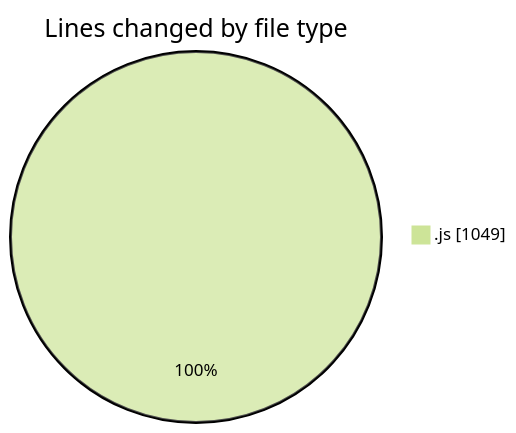
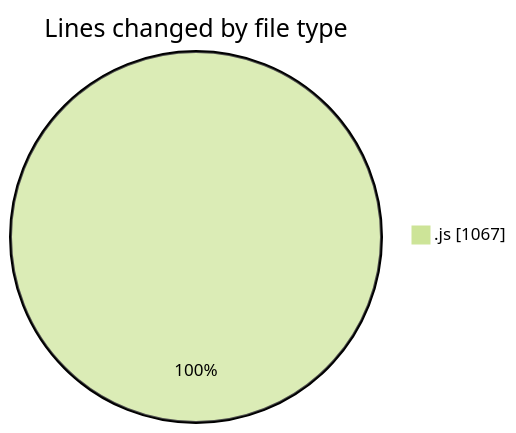
Before and after one commit to nxtqubesakshisongat/code-tracking: the first of 2 diagrams in 2025-10-03/nxtqube_webapp/README.md, drawn with Mermaid (forest theme). The commit also changed other lines of this file and 1 other file, not shown here.

````diff
--- a/2025-10-03/nxtqube_webapp/README.md
+++ b/2025-10-03/nxtqube_webapp/README.md
@@ -20,5 +20,5 @@
 ```mermaid
 pie showData
 title Lines changed by file type
-".js" : 1049
+".js" : 1067
 ```
````
